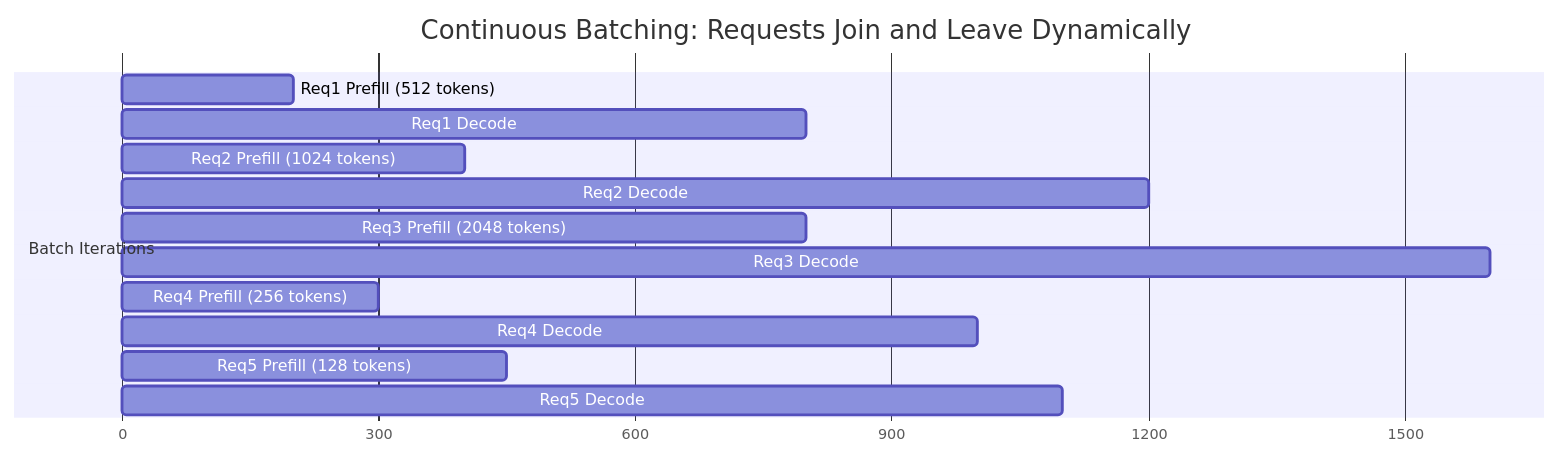
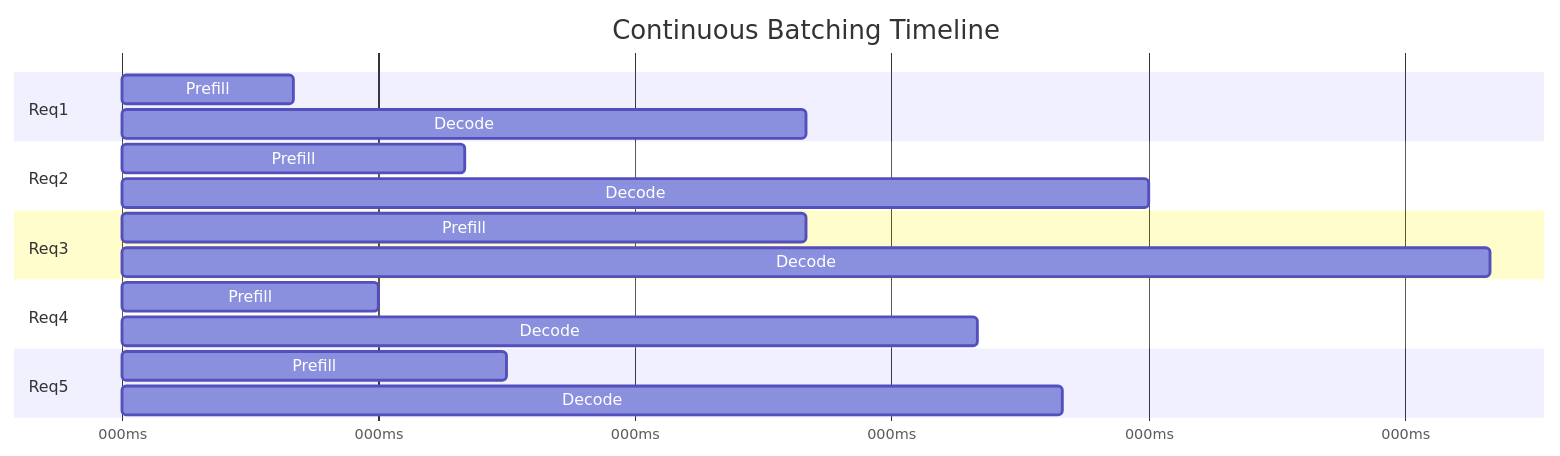
One commit to gopikrishtummala/gopikrishtummala.github.io changed the second of 7 diagrams in src/data/blog/mlops/life-of-a-tensor-production-inference.md. Above: the diagram before and after it, drawn with Mermaid.

Commit message:
Fix continuous batching Gantt chart horizontal spacing
- Simplify labels to prevent horizontal squashing
- Use shorter section names
- Adjust date format for better rendering

````diff
--- a/src/data/blog/mlops/life-of-a-tensor-production-inference.md
+++ b/src/data/blog/mlops/life-of-a-tensor-production-inference.md
@@ -179,18 +179,26 @@
 ```mermaid
 gantt
-    title Continuous Batching: Requests Join and Leave Dynamically
+    title Continuous Batching Timeline
     dateFormat X
-    axisFormat %s
+    axisFormat %Lms
     
-    section Batch Iterations
-    Req1 Prefill (512 tokens)    :0, 200
-    Req1 Decode                   :200, 800
-    Req2 Prefill (1024 tokens)   :0, 400
-    Req2 Decode                  :400, 1200
-    Req3 Prefill (2048 tokens)   :0, 800
-    Req3 Decode                  :800, 1600
-    Req4 Prefill (256 tokens)    :200, 300
-    Req4 Decode                  :300, 1000
-    Req5 Prefill (128 tokens)    :400, 450
-    Req5 Decode                  :450, 1100
+    section Req1
+    Prefill :0, 200
+    Decode :200, 800
+    
+    section Req2
+    Prefill :0, 400
+    Decode :400, 1200
+    
+    section Req3
+    Prefill :0, 800
+    Decode :800, 1600
+    
+    section Req4
+    Prefill :200, 300
+    Decode :300, 1000
+    
+    section Req5
+    Prefill :400, 450
+    Decode :450, 1100
 ```
````
